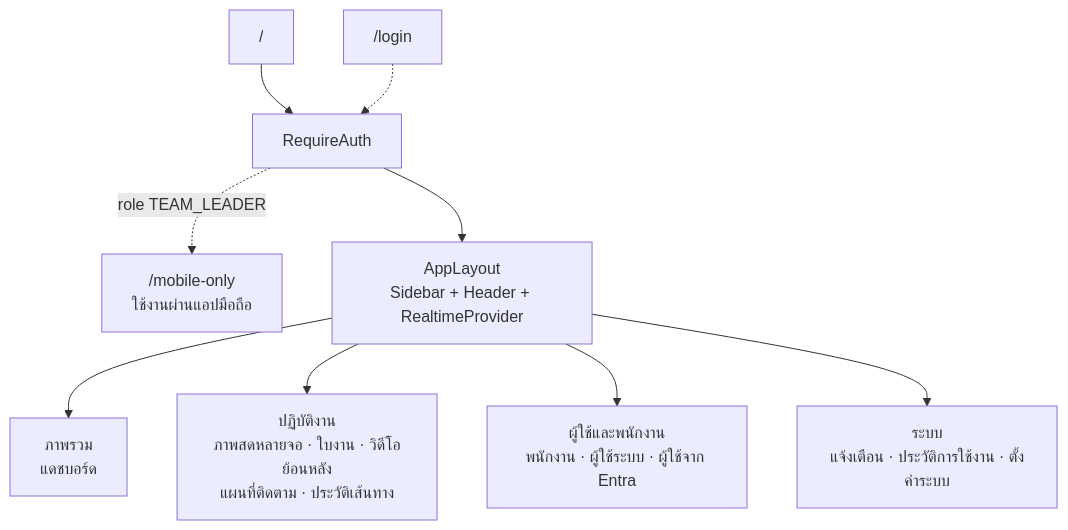
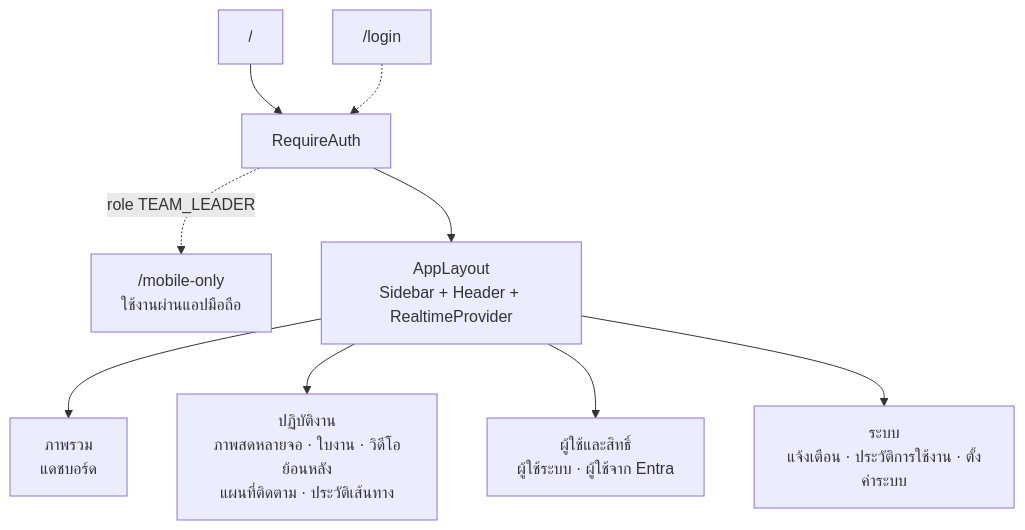
The first of 2 diagrams in docs/blueprint/06-frontend-architecture.md (b-werayut/psd-bodycam-v1.0), drawn with Mermaid before and after one commit. The commit also changed other lines of this file and 224 other files, not shown here.

````diff
--- a/docs/blueprint/06-frontend-architecture.md
+++ b/docs/blueprint/06-frontend-architecture.md
@@ -110,11 +108,11 @@
 ```mermaid
 flowchart TB
   ROOT["/"] --> AUTH["RequireAuth"]
   AUTH -.->|"role TEAM_LEADER"| MOBONLY["/mobile-only<br/>ใช้งานผ่านแอปมือถือ"]
   AUTH --> SHELL["AppLayout<br/>Sidebar + Header + RealtimeProvider"]
   SHELL --> OV["ภาพรวม<br/>แดชบอร์ด"]
   SHELL --> OPS["ปฏิบัติงาน<br/>ภาพสดหลายจอ · ใบงาน · วิดีโอย้อนหลัง<br/>แผนที่ติดตาม · ประวัติเส้นทาง"]
-  SHELL --> PPL["ผู้ใช้และพนักงาน<br/>พนักงาน · ผู้ใช้ระบบ · ผู้ใช้จาก Entra"]
+  SHELL --> PPL["ผู้ใช้และสิทธิ์<br/>ผู้ใช้ระบบ · ผู้ใช้จาก Entra"]
   SHELL --> SYS["ระบบ<br/>แจ้งเตือน · ประวัติการใช้งาน · ตั้งค่าระบบ"]
   LOGIN["/login"] -.-> AUTH
 ```
````
